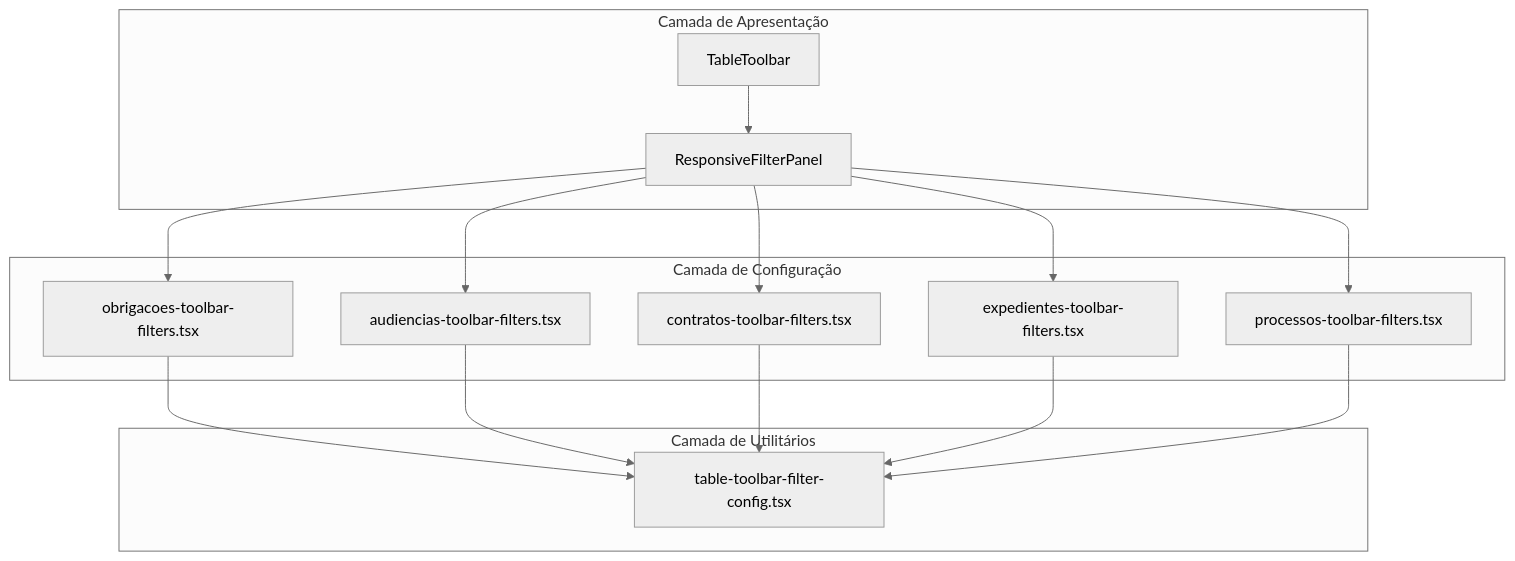
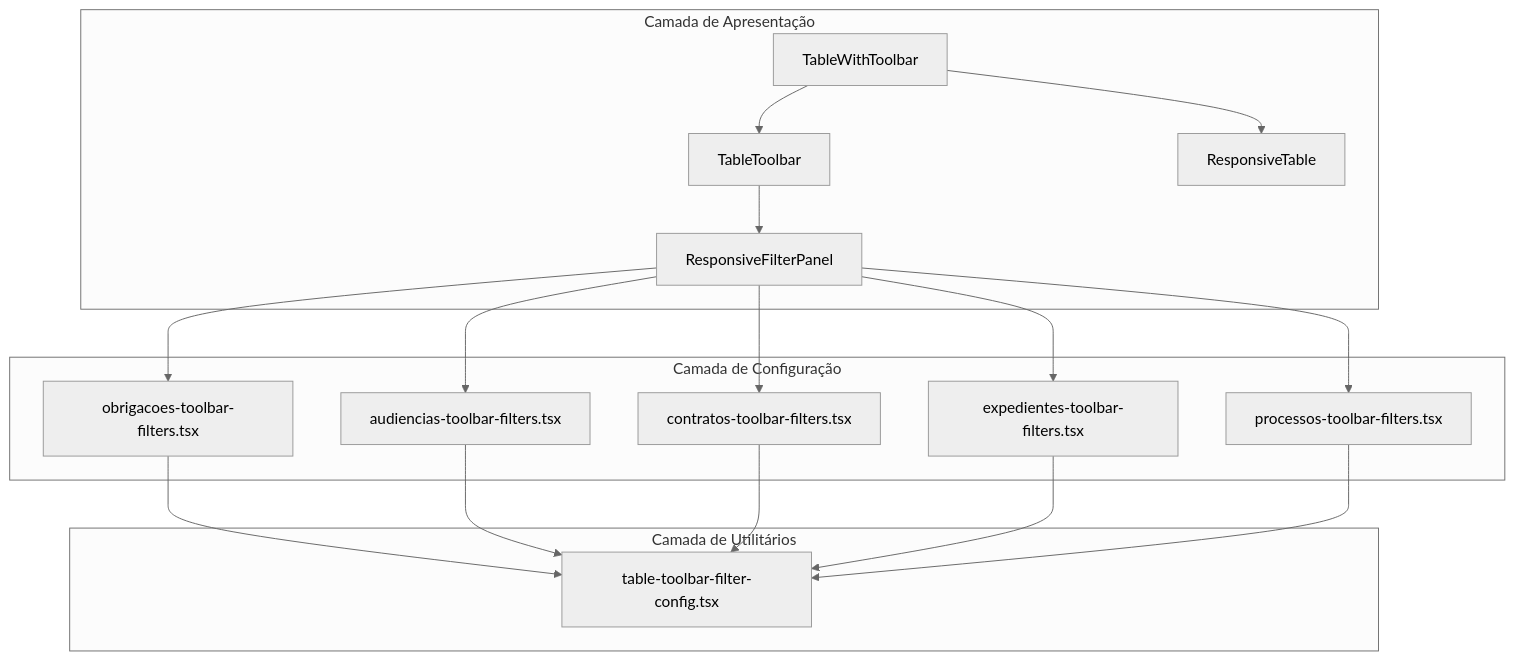
One commit to SinesysTech/diegobarbosa-os changed the third of 3 diagrams in .qoder/repowiki/pt/content/Arquitetura Frontend/Ui Filters Toolbar Redesign.md. Above: the diagram before and after it, drawn with Mermaid (neutral theme). The commit also changed other lines of this file and 77 other files, not shown here.

First line of the commit message:
feat(ui): adicionar componente TableWithToolbar unificado com painel responsivo

````diff
--- a/.qoder/repowiki/pt/content/Arquitetura Frontend/Ui Filters Toolbar Redesign.md
+++ b/.qoder/repowiki/pt/content/Arquitetura Frontend/Ui Filters Toolbar Redesign.md
@@ -182,28 +214,32 @@
 ```mermaid
 graph TD
 subgraph "Camada de Apresentação"
 A[TableToolbar]
 B[ResponsiveFilterPanel]
+C[TableWithToolbar]
+D[ResponsiveTable]
 end
 subgraph "Camada de Configuração"
-C[obrigacoes-toolbar-filters.tsx]
-D[audiencias-toolbar-filters.tsx]
-E[contratos-toolbar-filters.tsx]
-F[expedientes-toolbar-filters.tsx]
-G[processos-toolbar-filters.tsx]
+E[obrigacoes-toolbar-filters.tsx]
+F[audiencias-toolbar-filters.tsx]
+G[contratos-toolbar-filters.tsx]
+H[expedientes-toolbar-filters.tsx]
+I[processos-toolbar-filters.tsx]
 end
 subgraph "Camada de Utilitários"
-H[table-toolbar-filter-config.tsx]
+J[table-toolbar-filter-config.tsx]
 end
 A --> B
-B --> C
-B --> D
+C --> A
+C --> D
 B --> E
 B --> F
 B --> G
-C --> H
-D --> H
-E --> H
-F --> H
-G --> H
+B --> H
+B --> I
+E --> J
+F --> J
+G --> J
+H --> J
+I --> J
 ```
````
